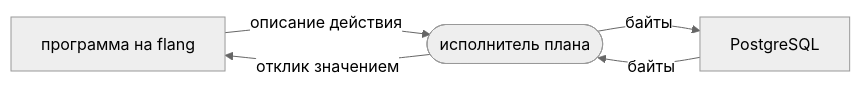
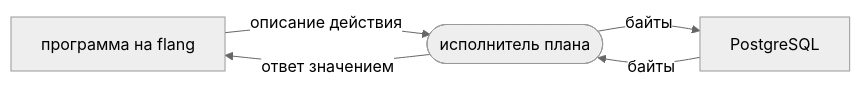
One commit to digitable-lol/flang changed the diagram in docs/site/database.ru.md. Above: the diagram before and after it, drawn with Mermaid (neutral theme). The commit also changed other lines of this file and 9 other files, not shown here.

````diff
--- a/docs/site/database.ru.md
+++ b/docs/site/database.ru.md
@@ -19,9 +12,9 @@
 ```mermaid Кто носит байты между программой и базой
 flowchart LR
   A[программа на flang] -->|описание действия| B([исполнитель плана])
   B -->|байты| C[PostgreSQL]
   C -->|байты| B
-  B -->|отклик значением| A
+  B -->|ответ значением| A
   class A glavnoe
   class C glavnoe
 ```
````
